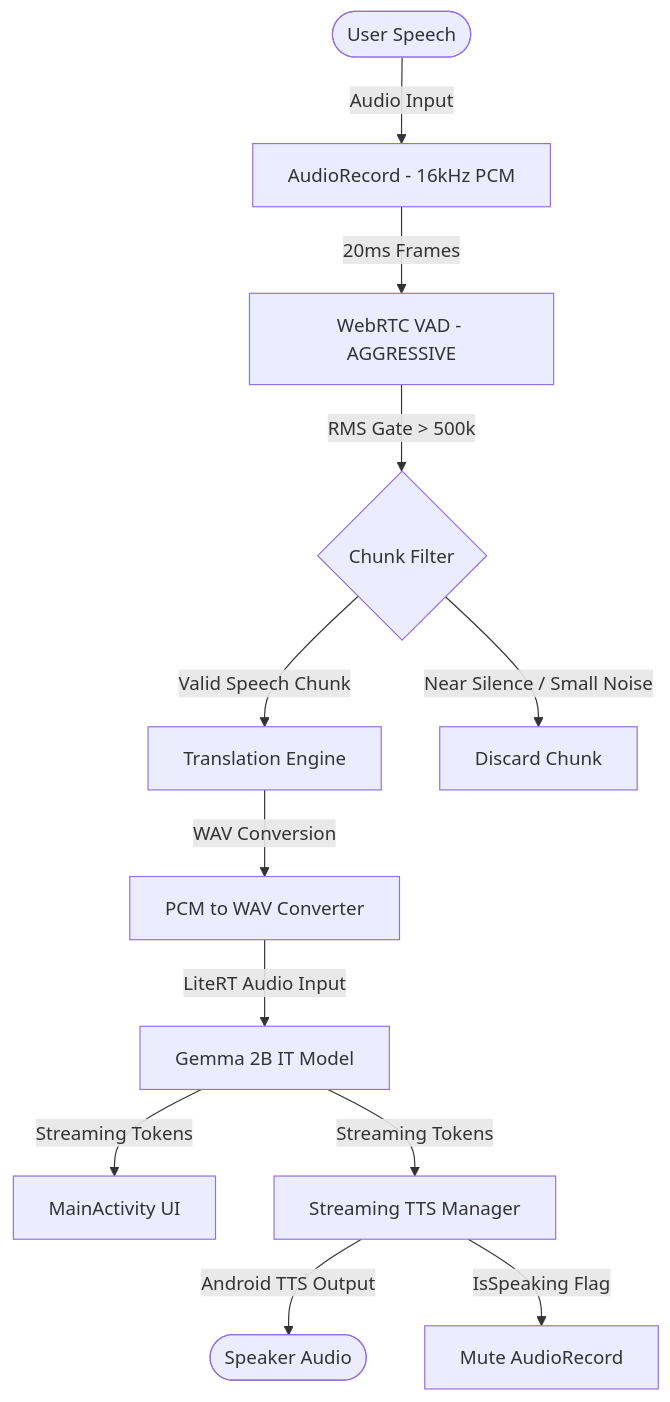
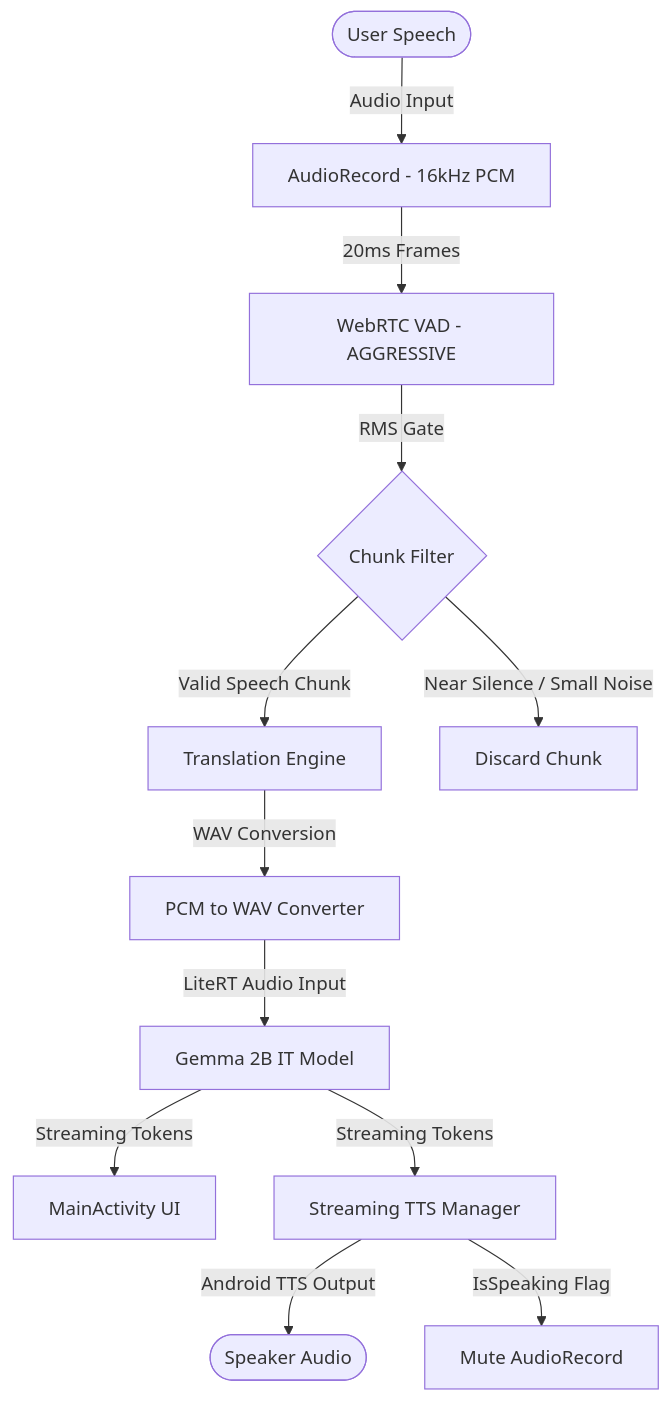
One commit to vishalvermauts/SyncDialect changed the diagram in README.md. Above: the diagram before and after it, drawn with Mermaid. The commit also changed other lines of this file, not shown here.

````diff
--- a/README.md
+++ b/README.md
@@ -11,17 +13,17 @@
 ```mermaid
 graph TD
     User([User Speech]) -->|Audio Input| AudioRecord[AudioRecord - 16kHz PCM]
     AudioRecord -->|20ms Frames| VAD[WebRTC VAD - AGGRESSIVE]
-    VAD -->|RMS Gate > 500k| ChunkFilter{Chunk Filter}
+    VAD -->|RMS Gate| ChunkFilter{Chunk Filter}
     ChunkFilter -->|Valid Speech Chunk| TransEngine[Translation Engine]
     ChunkFilter -->|Near Silence / Small Noise| Discard[Discard Chunk]
     
     TransEngine -->|WAV Conversion| WAV[PCM to WAV Converter]
     WAV -->|LiteRT Audio Input| Gemma[Gemma 2B IT Model]
     
     Gemma -->|Streaming Tokens| UI[MainActivity UI]
     Gemma -->|Streaming Tokens| TTS[Streaming TTS Manager]
     
     TTS -->|Android TTS Output| Speaker([Speaker Audio])
     TTS -->|IsSpeaking Flag| AudioRecordMute[Mute AudioRecord]
 ```
````
